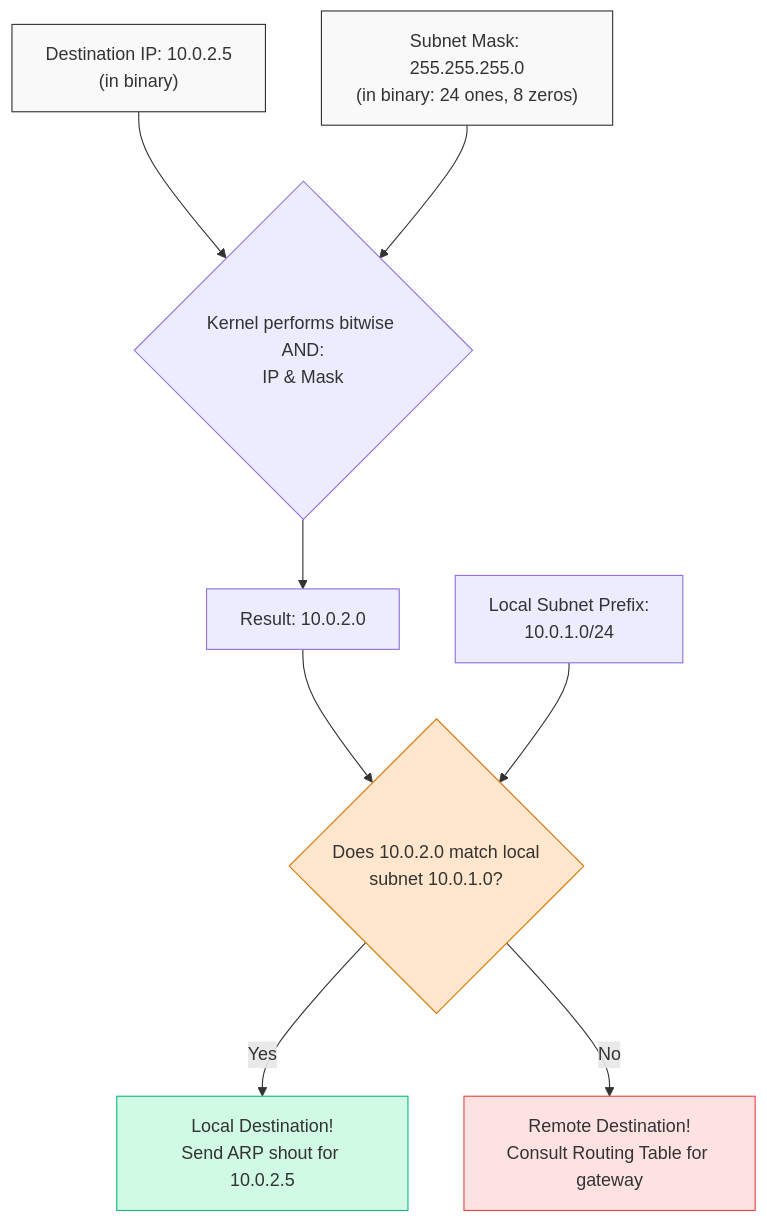
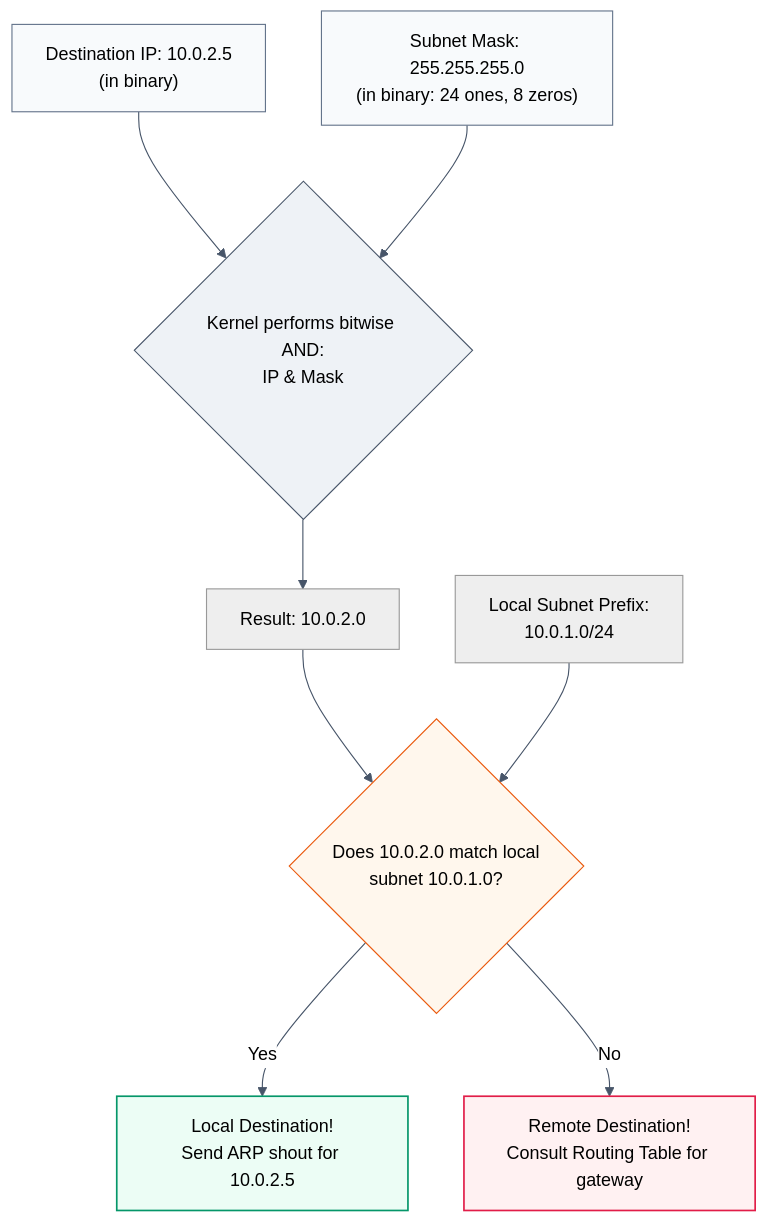
One commit to codermannn/networking_crash_course_for_kubernetes changed the diagram in act-3--escaping-the-building/06-the-room-number/diagrams/flow.md. Above: the diagram before and after it, drawn with Mermaid. The commit also changed 13 other files, not shown here.

Commit message:
style: apply premium Slate/Indigo/Amber color theme and correct quoting across all diagrams

````diff
--- a/act-3--escaping-the-building/06-the-room-number/diagrams/flow.md
+++ b/act-3--escaping-the-building/06-the-room-number/diagrams/flow.md
@@ -5,30 +5,32 @@
 ```mermaid
+%%{init: { 'theme': 'neutral', 'themeVariables': { 'primaryColor': '#F8FAFC', 'primaryBorderColor': '#64748B', 'lineColor': '#475569' }}}%%
 flowchart TD
-    IP["Destination IP: 10.0.2.5\n(in binary)"]
-    Mask["Subnet Mask: 255.255.255.0\n(in binary: 24 ones, 8 zeros)"]
+    IP["Destination IP: 10.0.2.5<br/>(in binary)"]
+    Mask["Subnet Mask: 255.255.255.0<br/>(in binary: 24 ones, 8 zeros)"]
     
-    AND{"Kernel performs bitwise AND:\nIP & Mask"}
+    AND{"Kernel performs bitwise AND:<br/>IP & Mask"}
     
-    LocalSubnet["Local Subnet Prefix:\n10.0.1.0/24"]
+    LocalSubnet["Local Subnet Prefix:<br/>10.0.1.0/24"]
     Result["Result: 10.0.2.0"]
     
-    Match{"Does 10.0.2.0 match local\nsubnet 10.0.1.0?"}
+    Match{"Does 10.0.2.0 match local<br/>subnet 10.0.1.0?"}
     
-    Shout["Local Destination!\nSend ARP shout for 10.0.2.5"]
-    Map["Remote Destination!\nConsult Routing Table for gateway"]
+    Shout["Local Destination!<br/>Send ARP shout for 10.0.2.5"]
+    Map["Remote Destination!<br/>Consult Routing Table for gateway"]
 
     IP --> AND
     Mask --> AND
     AND --> Result
     Result --> Match
     LocalSubnet --> Match
     
     Match -->|Yes| Shout
     Match -->|No| Map
     
-    style IP fill:#f9f9f9,stroke:#333
-    style Mask fill:#f9f9f9,stroke:#333
-    style Match fill:#ffe6cc,stroke:#d97706,stroke-width:1px
-    style Shout fill:#d1fae5,stroke:#10b981
-    style Map fill:#fee2e2,stroke:#ef4444
+    style IP fill:#F8FAFC,stroke:#64748B,stroke-width:1px
+    style Mask fill:#F8FAFC,stroke:#64748B,stroke-width:1px
+    style AND fill:#EEF2F6,stroke:#475569,stroke-width:1px
+    style Match fill:#FFF7ED,stroke:#EA580C,stroke-width:1px
+    style Shout fill:#ECFDF5,stroke:#059669,stroke-width:1.5px
+    style Map fill:#FFF1F2,stroke:#E11D48,stroke-width:1.5px
 ```
````
